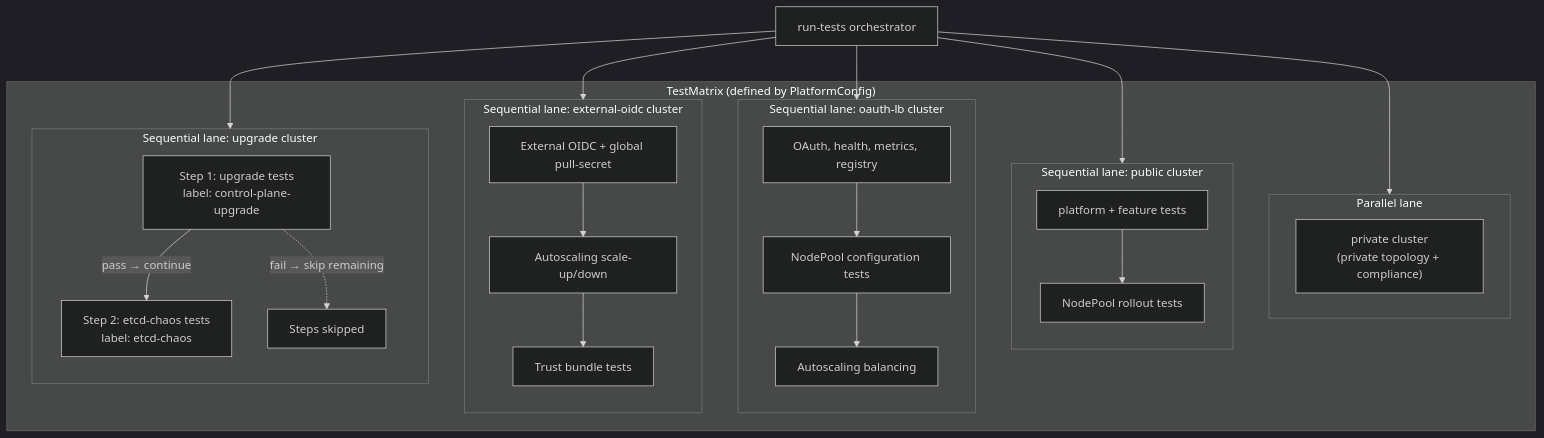
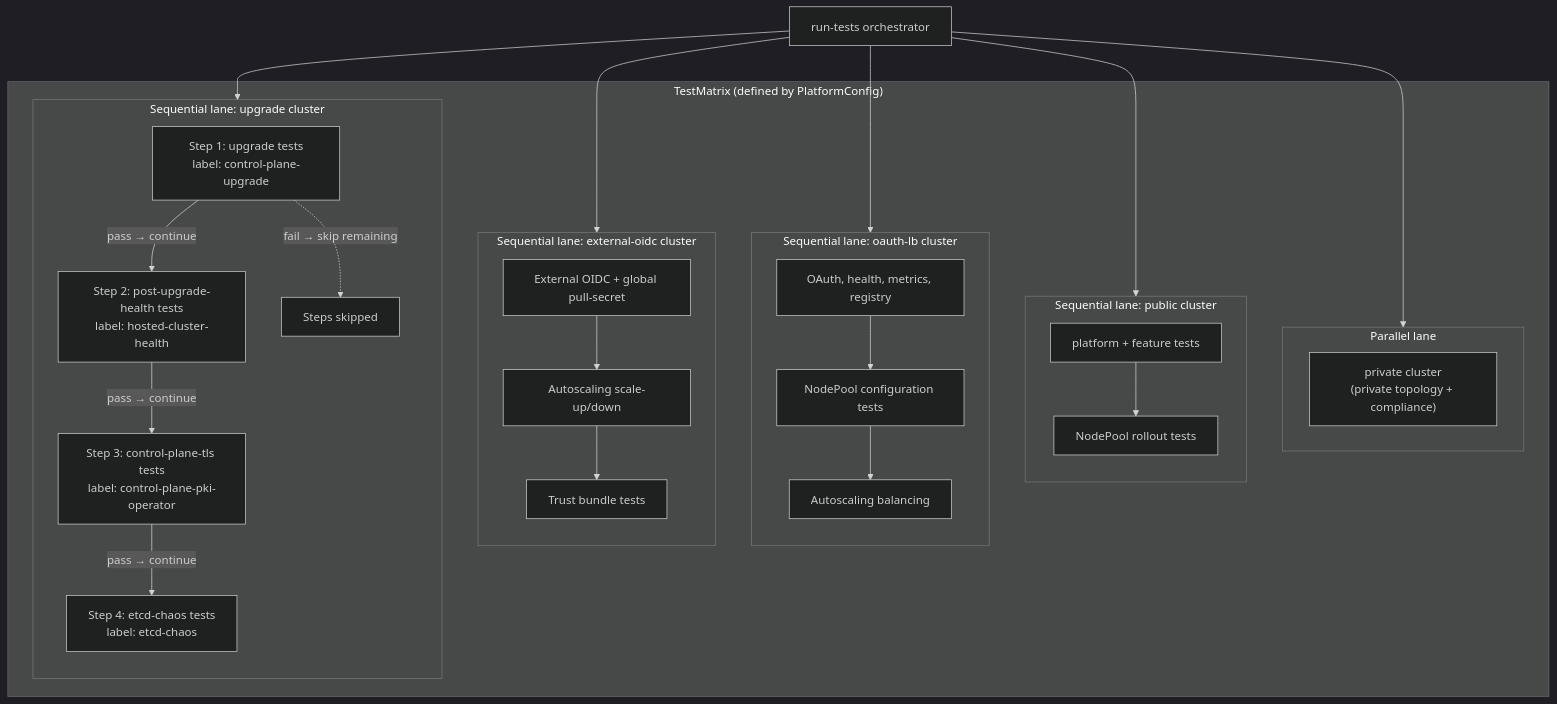
Before and after one commit to openshift/hypershift: the third of 4 diagrams in docs/content/how-to/ci/v2-testing/test-flow.md, drawn with Mermaid (dark theme). The commit also changed other lines of this file and 1 other file, not shown here.

````diff
--- a/docs/content/how-to/ci/v2-testing/test-flow.md
+++ b/docs/content/how-to/ci/v2-testing/test-flow.md
@@ -283,46 +291,48 @@
 ```mermaid
 flowchart TD
     subgraph TestMatrix["TestMatrix (defined by PlatformConfig)"]
         subgraph Parallel["Parallel lane"]
             P1["private cluster<br/>(private topology + compliance)"]
         end
 
         subgraph Public["Sequential lane: public cluster"]
             direction TB
             PUB1["platform + feature tests"]
             PUB2["NodePool rollout tests"]
             PUB1 --> PUB2
         end
 
         subgraph OAuth["Sequential lane: oauth-lb cluster"]
             direction TB
             OAUTH1["OAuth, health, metrics, registry"]
             OAUTH2["NodePool configuration tests"]
             OAUTH3["Autoscaling balancing"]
             OAUTH1 --> OAUTH2 --> OAUTH3
         end
 
         subgraph OIDC["Sequential lane: external-oidc cluster"]
             direction TB
             OIDC1["External OIDC + global pull-secret"]
             OIDC2["Autoscaling scale-up/down"]
             OIDC3["Trust bundle tests"]
             OIDC1 --> OIDC2 --> OIDC3
         end
 
         subgraph Sequential["Sequential lane: upgrade cluster"]
             direction TB
             S1["Step 1: upgrade tests<br/>label: control-plane-upgrade"]
-            S2["Step 2: etcd-chaos tests<br/>label: etcd-chaos"]
-            S1 -->|"pass → continue"| S2
+            S2["Step 2: post-upgrade-health tests<br/>label: hosted-cluster-health"]
+            S3["Step 3: control-plane-tls tests<br/>label: control-plane-pki-operator"]
+            S4["Step 4: etcd-chaos tests<br/>label: etcd-chaos"]
+            S1 -->|"pass → continue"| S2 -->|"pass → continue"| S3 -->|"pass → continue"| S4
             S1 -.->|"fail → skip remaining"| SKIP["Steps skipped"]
         end
     end
 
     RT["run-tests orchestrator"] --> Parallel
     RT --> Public
     RT --> OAuth
     RT --> OIDC
     RT --> Sequential
 
 ```
````
